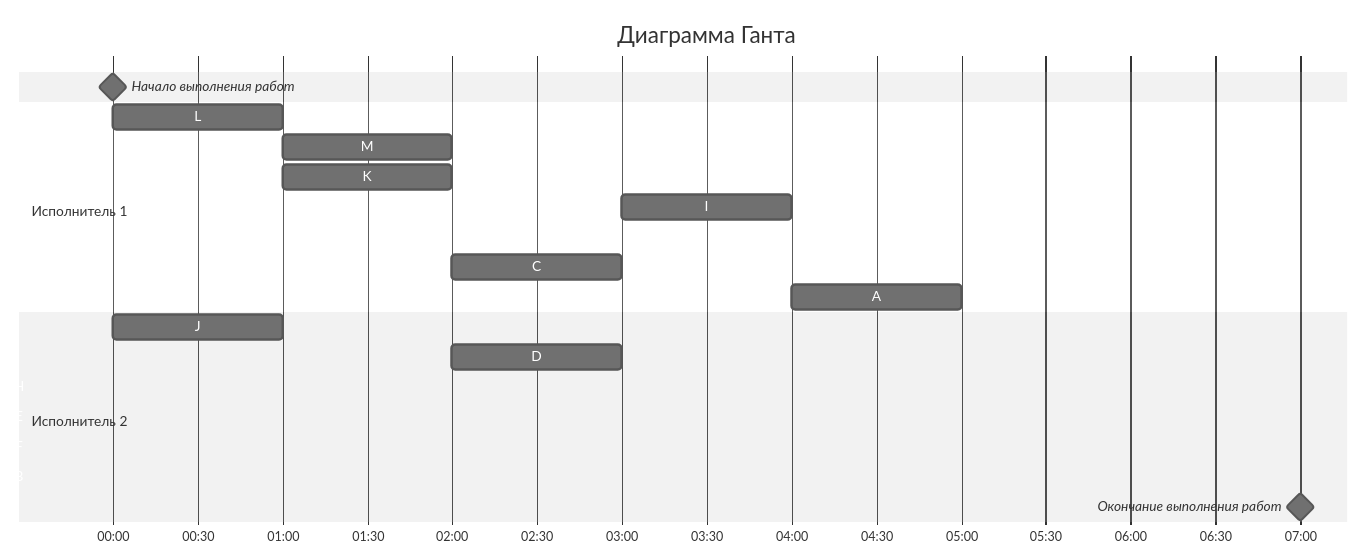
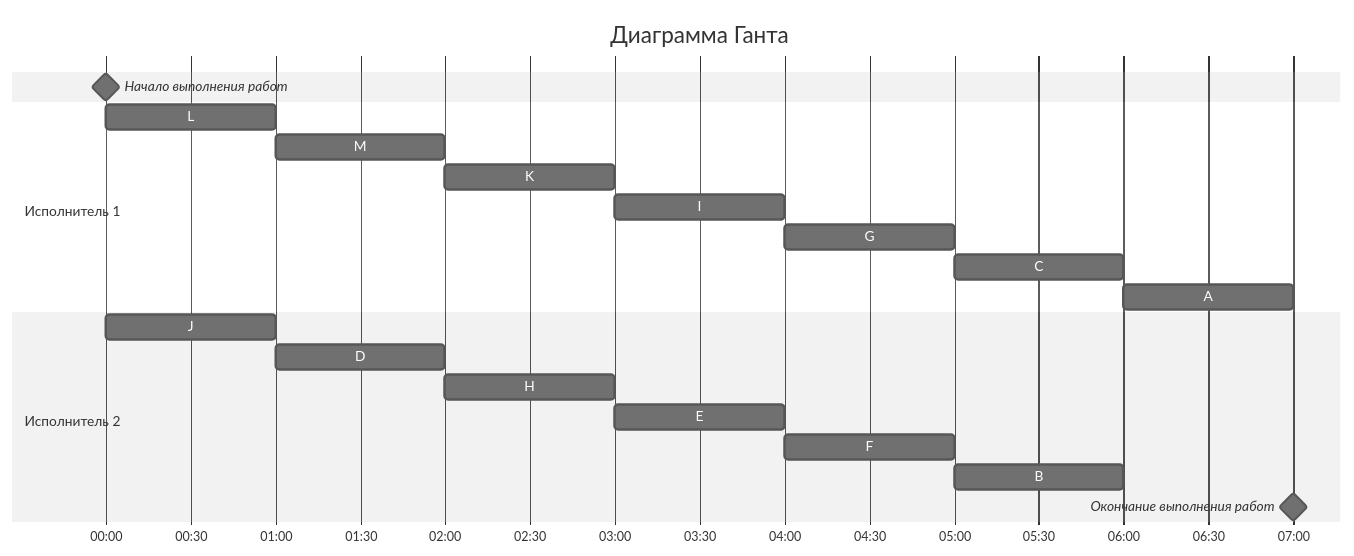
The fourth of 4 diagrams in task-7/ewup.md (hse-algo-24-owl/manual-tasks-owl), drawn with Mermaid (neutral theme) before and after one commit.

````diff
--- a/task-7/ewup.md
+++ b/task-7/ewup.md
@@ -92,23 +92,23 @@
 ```mermaid
 gantt
     title Диаграмма Ганта
     dateFormat HH:mm
     axisFormat %H:%M
     Начало выполнения работ : milestone, m1, 00:00, 0h
     section Исполнитель 1
     L         :l, 00:00, 1h
     M         :j, after l, 1h
-    K         :g, after m, 1h
-    I         :c, after k, 1h
-    G         :d, after i, 1h
-    C         :a, after g, 1h
-    A         :b, after c, 1h
+    K         :g, after j, 1h
+    I         :c, after g, 1h
+    G         :d, after c, 1h
+    C         :a, after d, 1h
+    A         :b, after a, 1h
     section Исполнитель 2
     J         :m, 00:00, 1h
-    D         :k, after j, 1h
-    H         :i, after d, 1h
-    E         :h, after h, 1h
-    F         :e, after e, 1h
-    B         :f, after f, 1h
+    D         :k, after m, 1h
+    H         :i, after k, 1h
+    E         :h, after i, 1h
+    F         :e, after h, 1h
+    B         :f, after e, 1h
     Окончание выполнения работ : milestone, m2, 07:00, 0h
 ```
````
